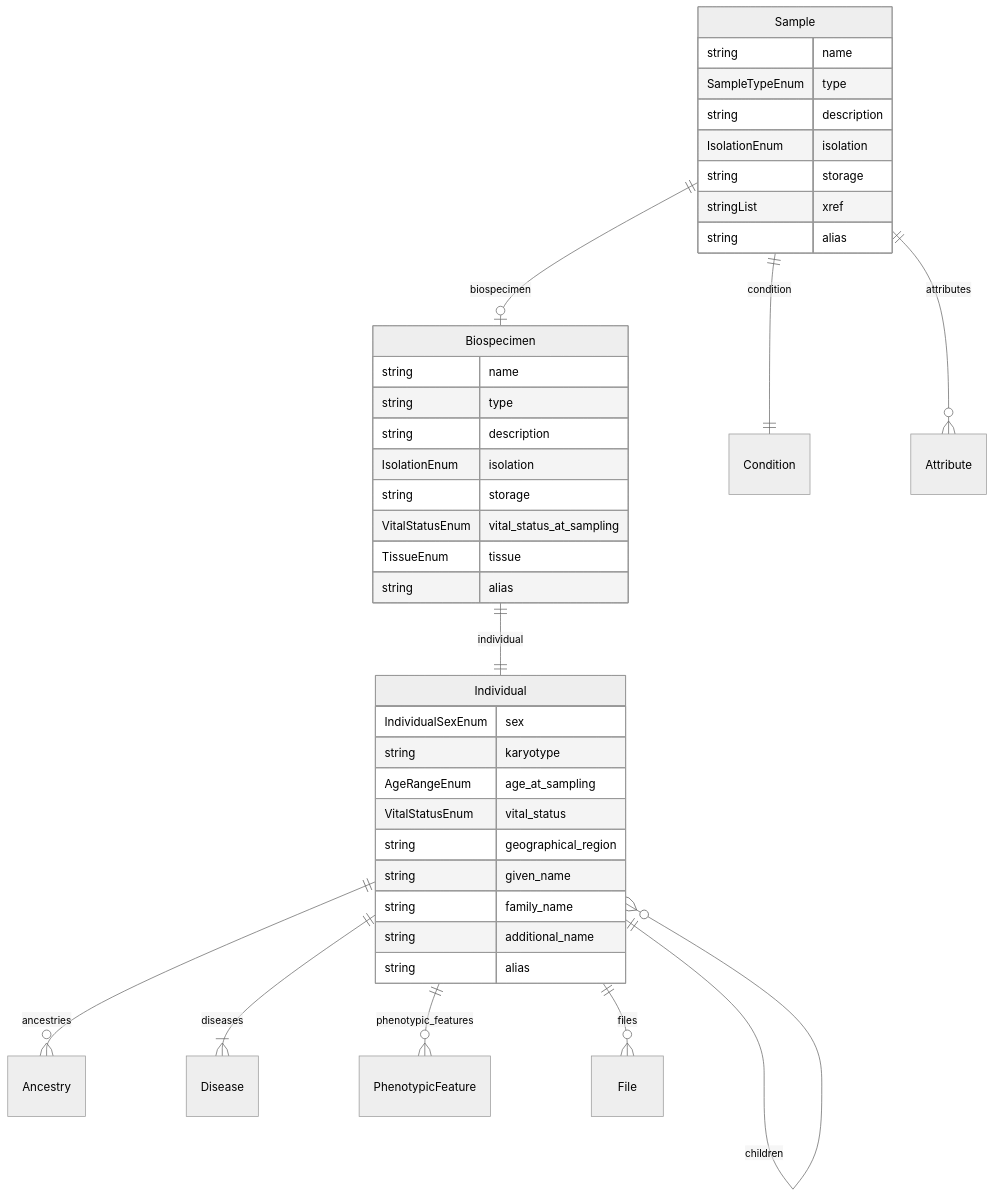
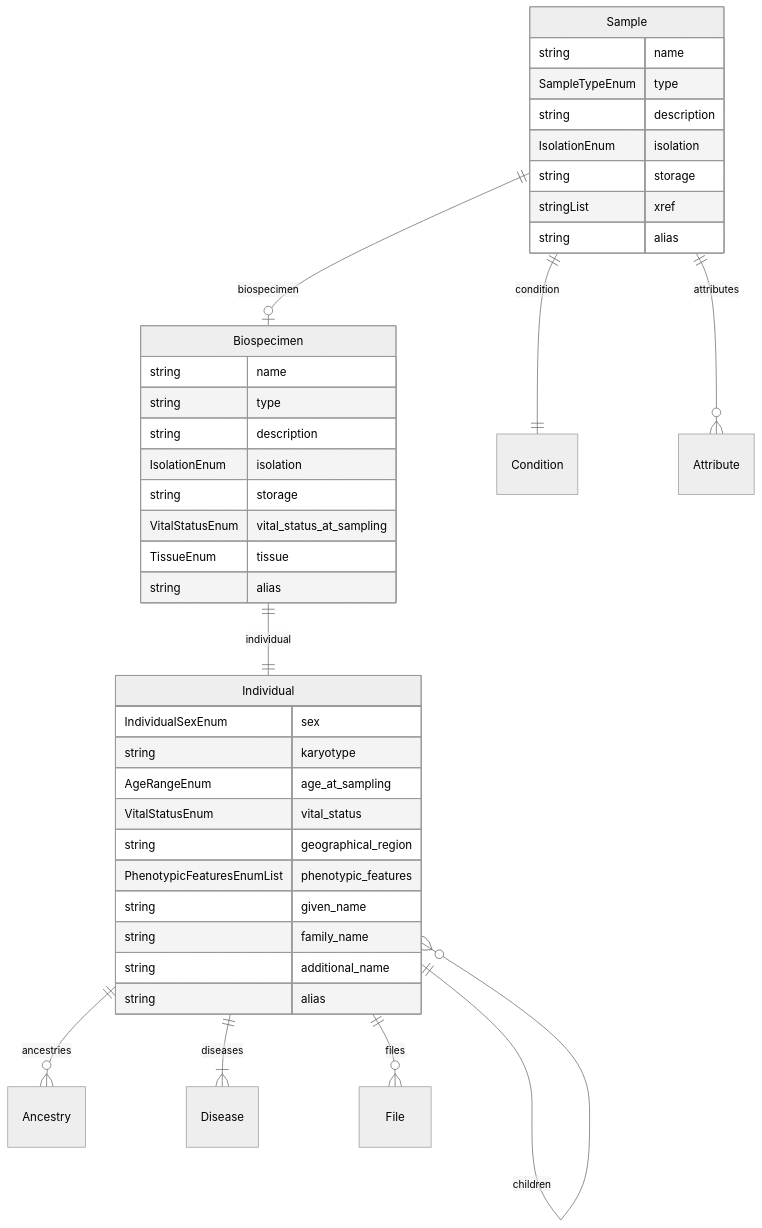
One commit to ghga-de/ghga-metadata-schema changed the fifth of 7 diagrams in docs/entity_relations.md. Above: the diagram before and after it, drawn with Mermaid (neutral theme). The commit also changed other lines of this file and 14 other files, not shown here.

Commit message:
Add PhenotypicFeaturesEnum

````diff
--- a/docs/entity_relations.md
+++ b/docs/entity_relations.md
@@ -265,45 +260,45 @@
 ```mermaid
 erDiagram
 Individual {
     IndividualSexEnum sex  
     string karyotype  
     AgeRangeEnum age_at_sampling  
     VitalStatusEnum vital_status  
     string geographical_region  
+    PhenotypicFeaturesEnumList phenotypic_features  
     string given_name  
     string family_name  
     string additional_name  
     string alias  
 }
 Biospecimen {
     string name  
     string type  
     string description  
     IsolationEnum isolation  
     string storage  
     VitalStatusEnum vital_status_at_sampling  
     TissueEnum tissue  
     string alias  
 }
 Sample {
     string name  
     SampleTypeEnum type  
     string description  
     IsolationEnum isolation  
     string storage  
     stringList xref  
     string alias  
 }
 
 Individual ||--}o Ancestry : "ancestries"
 Individual ||--}o Individual : "parents"
 Individual ||--}o Individual : "children"
 Individual ||--}| Disease : "diseases"
-Individual ||--}o PhenotypicFeature : "phenotypic_features"
 Individual ||--}o File : "files"
 Biospecimen ||--|| Individual : "individual"
 Sample ||--|o Biospecimen : "biospecimen"
 Sample ||--|| Condition : "condition"
 Sample ||--}o Attribute : "attributes"
 
 ```
````
